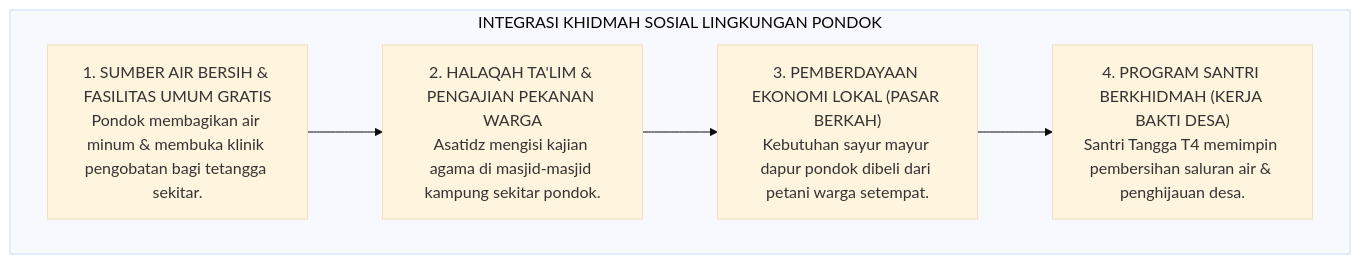
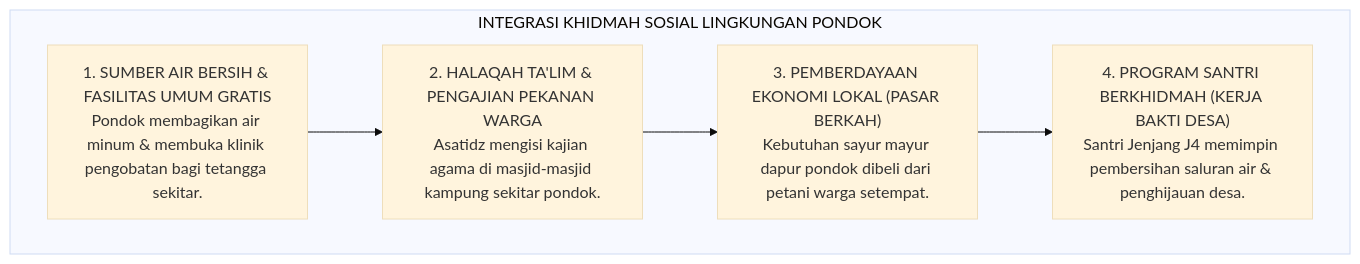
Before and after one commit to wandiapriliyandi/tumbuh: the third of 4 diagrams in 02 Principles/07 Implementation Principles/P2-07-05-Prinsip-Kemitraan-Strategis-Wali-Santri-dan-Akuntabilitas-Publik.md, drawn with Mermaid (base theme). The commit also changed other lines of this file and 209 other files, not shown here.

````diff
--- a/02 Principles/07 Implementation Principles/P2-07-05-Prinsip-Kemitraan-Strategis-Wali-Santri-dan-Akuntabilitas-Publik.md
+++ b/02 Principles/07 Implementation Principles/P2-07-05-Prinsip-Kemitraan-Strategis-Wali-Santri-dan-Akuntabilitas-Publik.md
@@ -113,14 +113,14 @@
 ```mermaid
 flowchart TD
     subgraph ProgramKhidmahMasyarakatTUMBUH["INTEGRASI KHIDMAH SOSIAL LINGKUNGAN PONDOK"]
         SentraAir["1. SUMBER AIR BERSIH & FASILITAS UMUM GRATIS<br/>Pondok membagikan air minum & membuka klinik pengobatan bagi tetangga sekitar."]
         
         PengajianWarga["2. HALAQAH TA'LIM & PENGAJIAN PEKANAN WARGA<br/>Asatidz mengisi kajian agama di masjid-masjid kampung sekitar pondok."]
         
         PemberdayaanEkonomi["3. PEMBERDAYAAN EKONOMI LOKAL (PASAR BERKAH)<br/>Kebutuhan sayur mayur dapur pondok dibeli dari petani warga setempat."]
         
-        SantriKhidmah["4. PROGRAM SANTRI BERKHIDMAH (KERJA BAKTI DESA)<br/>Santri Tangga T4 memimpin pembersihan saluran air & penghijauan desa."]
+        SantriKhidmah["4. PROGRAM SANTRI BERKHIDMAH (KERJA BAKTI DESA)<br/>Santri Jenjang J4 memimpin pembersihan saluran air & penghijauan desa."]
         
         SentraAir --> PengajianWarga --> PemberdayaanEkonomi --> SantriKhidmah
     end
 ```
````
